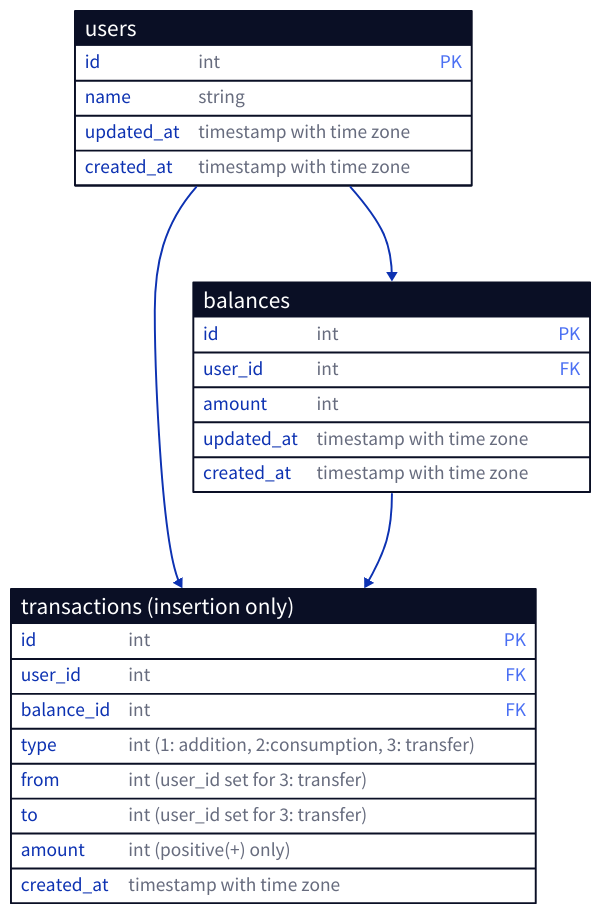
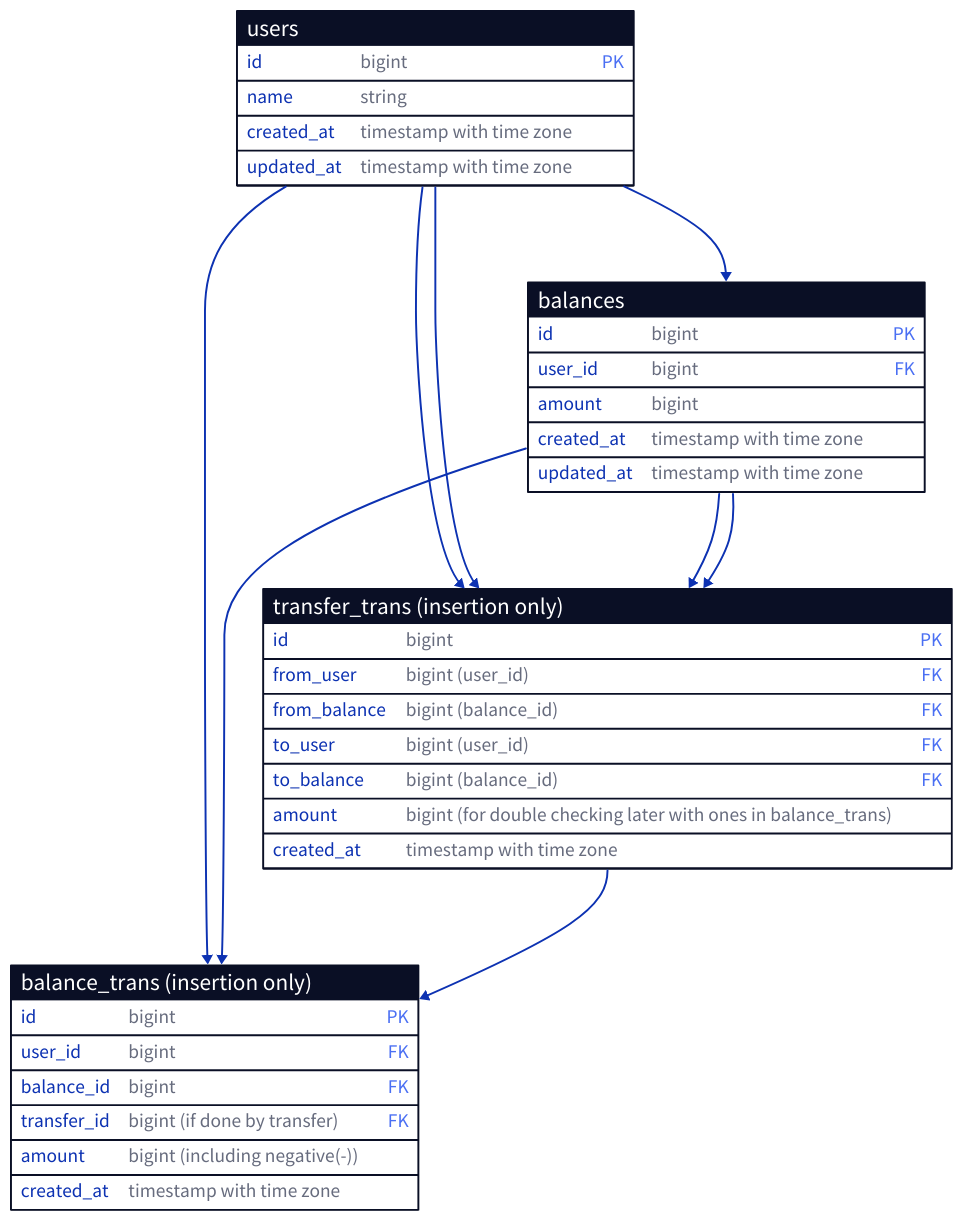
Before and after one commit to MatsuoTakuro/fcoin-balances-manager: the diagram in references/ER_draft.d2, drawn with D2. The commit also changed other lines of this file and 3 other files, not shown here.

Commit message:
update ER digram

```diff
--- a/references/ER_draft.d2
+++ b/references/ER_draft.d2
@@ -1,32 +1,51 @@
 users: {
   shape: sql_table
-  id: int {constraint: primary_key}
+  id: bigint {constraint: primary_key}
   name: string
+  created_at: timestamp with time zone
   updated_at: timestamp with time zone
-  created_at: timestamp with time zone
 }
 
 balances: {
   shape: sql_table
-  id: int {constraint: primary_key}
-  user_id: int {constraint: foreign_key}
-  amount: int
+  id: bigint {constraint: primary_key}
+  user_id: bigint {constraint: foreign_key}
+  amount: bigint
+  created_at: timestamp with time zone
   updated_at: timestamp with time zone
+}
+
+balance_trans (insertion only): {
+  shape: sql_table
+  id: bigint {constraint: primary_key}
+  user_id: bigint {constraint: foreign_key}
+  balance_id: bigint {constraint: foreign_key}
+  transfer_id: bigint (if done by transfer) {constraint: foreign_key}
+  amount: bigint (including negative(-))
   created_at: timestamp with time zone
 }
 
-transactions (insertion only): {
+transfer_trans (insertion only): {
   shape: sql_table
-  id: int {constraint: primary_key}
-  user_id: int {constraint: foreign_key}
-  balance_id: int {constraint: foreign_key}
-  type: int (1: addition, 2:consumption, 3: transfer)
-  from: int (user_id set for 3: transfer)
-  to: int (user_id set for 3: transfer)
-  amount: int (positive(+) only)
+  id: bigint {constraint: primary_key}
+  from_user: bigint (user_id) {constraint: foreign_key}
+  from_balance: bigint (balance_id) {constraint: foreign_key}
+  to_user: bigint (user_id) {constraint: foreign_key}
+  to_balance: bigint (balance_id) {constraint: foreign_key}
+  amount: bigint (for double checking later with ones in balance_trans)
   created_at: timestamp with time zone
 }
 
+# balances' keys
 users.id -> balances.user_id
-users.id -> transactions (insertion only).user_id
-balances.id -> transactions (insertion only).balance_id
+
+# balance_trans' keys
+users.id -> balance_trans (insertion only).user_id
+balances.id -> balance_trans (insertion only).balance_id
+transfer_trans (insertion only).id -> balance_trans (insertion only).transfer_id
+
+# transfer_trans' keys
+users.id -> transfer_trans (insertion only).from_user
+users.id -> transfer_trans (insertion only).to_user
+balances.id -> transfer_trans (insertion only).from_balance
+balances.id -> transfer_trans (insertion only).to_balance
```
